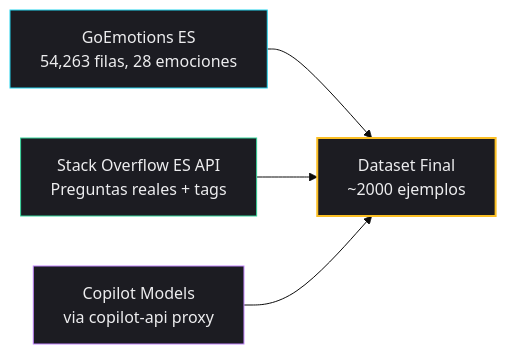
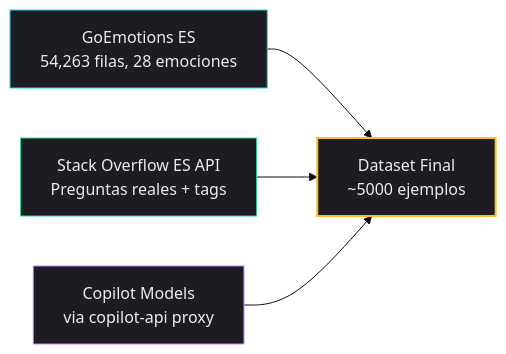
Before and after one commit to KarloZ7715/Synapse: the first of 3 diagrams in docs/03-data-and-state/dataset-plan.md, drawn with Mermaid (base theme). The commit also changed other lines of this file and 1 other file, not shown here.

Commit message:
docs(dataset): actualizar plan de dataset y README del dataset

````diff
--- a/docs/03-data-and-state/dataset-plan.md
+++ b/docs/03-data-and-state/dataset-plan.md
@@ -7,11 +7,11 @@
 ```mermaid
 graph LR
-    A[GoEmotions ES<br/>54,263 filas, 28 emociones] --> D[Dataset Final<br/>~2000 ejemplos]
+    A[GoEmotions ES<br/>54,263 filas, 28 emociones] --> D[Dataset Final<br/>~5000 ejemplos]
     B[Stack Overflow ES API<br/>Preguntas reales + tags] --> D
     C[Copilot Models<br/>via copilot-api proxy] --> D
-    
+
     style A fill:#1c1c22,stroke:#22d3ee,color:#ededef
     style B fill:#1c1c22,stroke:#34d399,color:#ededef
     style C fill:#1c1c22,stroke:#c084fc,color:#ededef
     style D fill:#1c1c22,stroke:#fbbf24,color:#ededef,stroke-width:2px
 ```
````
